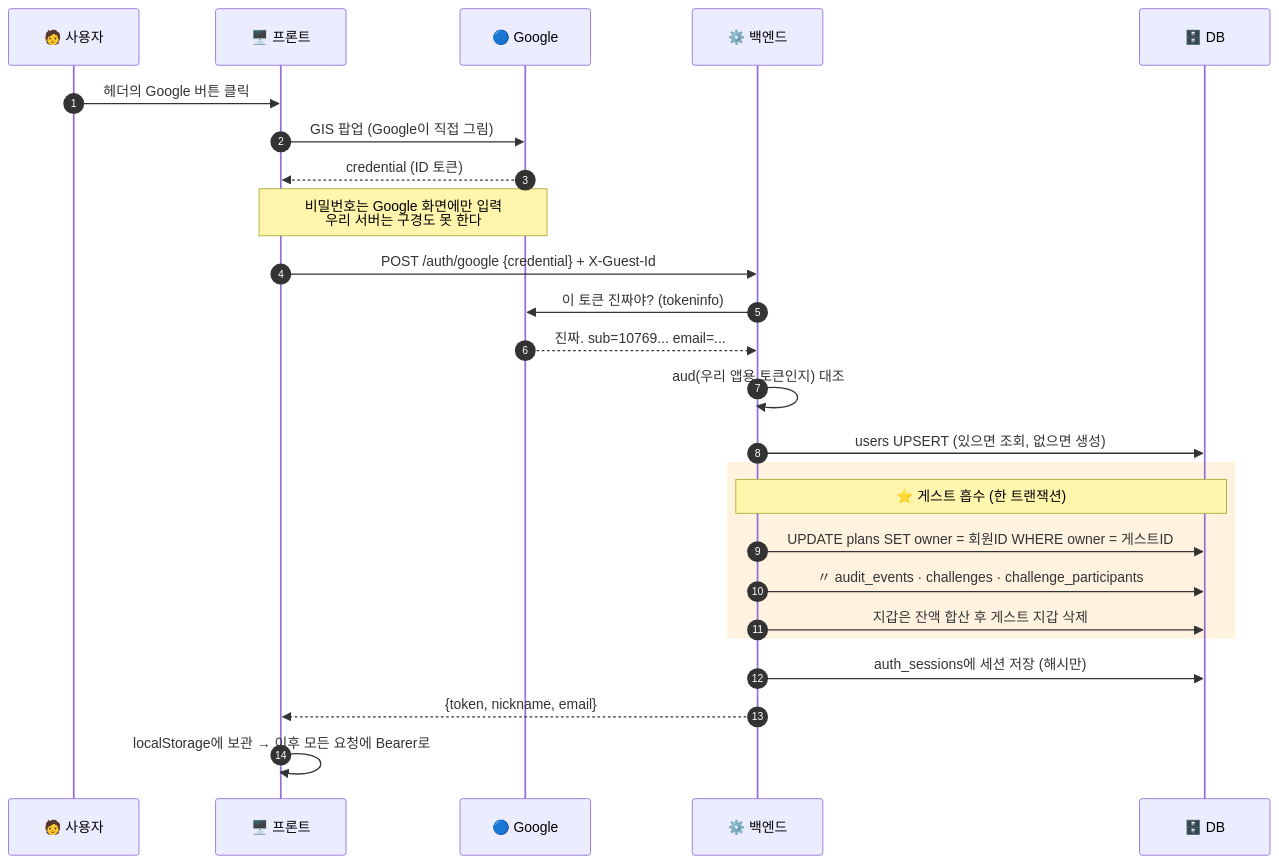
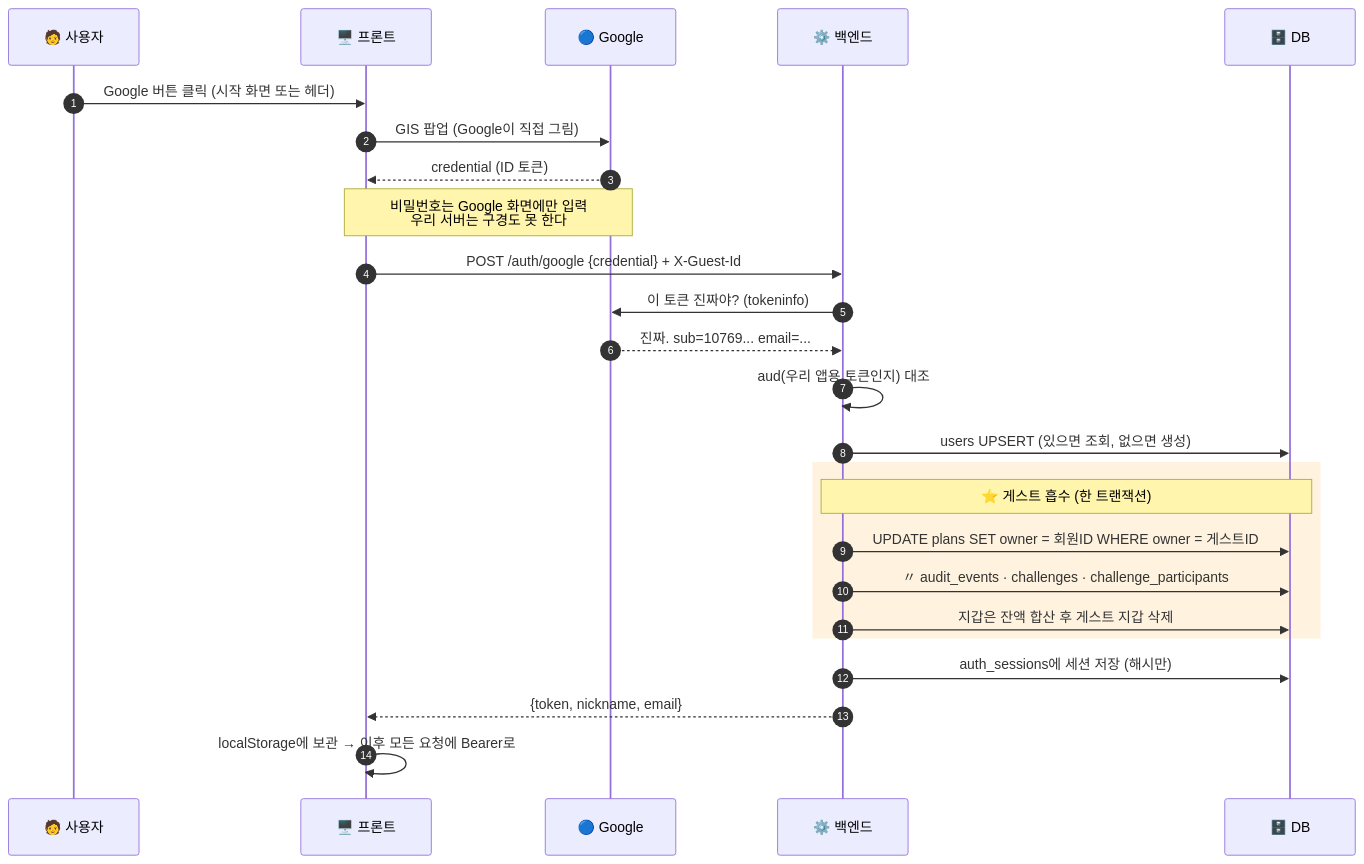
Before and after one commit to hello-pebble/DelayNoMore_Release: the second of 5 diagrams in docs/DATA_FLOW_ADD_AUTH.md, drawn with Mermaid. The commit also changed 8 other files, not shown here.

````diff
--- a/docs/DATA_FLOW_ADD_AUTH.md
+++ b/docs/DATA_FLOW_ADD_AUTH.md
@@ -67,32 +67,32 @@
 ```mermaid
 sequenceDiagram
     autonumber
     participant U as 🧑 사용자
     participant F as 🖥️ 프론트
     participant G as 🔵 Google
     participant B as ⚙️ 백엔드
     participant D as 🗄️ DB
 
-    U->>F: 헤더의 Google 버튼 클릭
+    U->>F: Google 버튼 클릭 (시작 화면 또는 헤더)
     F->>G: GIS 팝업 (Google이 직접 그림)
     G-->>F: credential (ID 토큰)
     Note over F,G: 비밀번호는 Google 화면에만 입력<br/>우리 서버는 구경도 못 한다
 
     F->>B: POST /auth/google {credential} + X-Guest-Id
     B->>G: 이 토큰 진짜야? (tokeninfo)
     G-->>B: 진짜. sub=10769... email=...
     B->>B: aud(우리 앱용 토큰인지) 대조
 
     B->>D: users UPSERT (있으면 조회, 없으면 생성)
 
     rect rgb(255, 243, 224)
     Note over B,D: ⭐ 게스트 흡수 (한 트랜잭션)
     B->>D: UPDATE plans SET owner = 회원ID WHERE owner = 게스트ID
     B->>D: 〃 audit_events · challenges · challenge_participants
     B->>D: 지갑은 잔액 합산 후 게스트 지갑 삭제
     end
 
     B->>D: auth_sessions에 세션 저장 (해시만)
     B-->>F: {token, nickname, email}
     F->>F: localStorage에 보관 → 이후 모든 요청에 Bearer로
 ```
````
